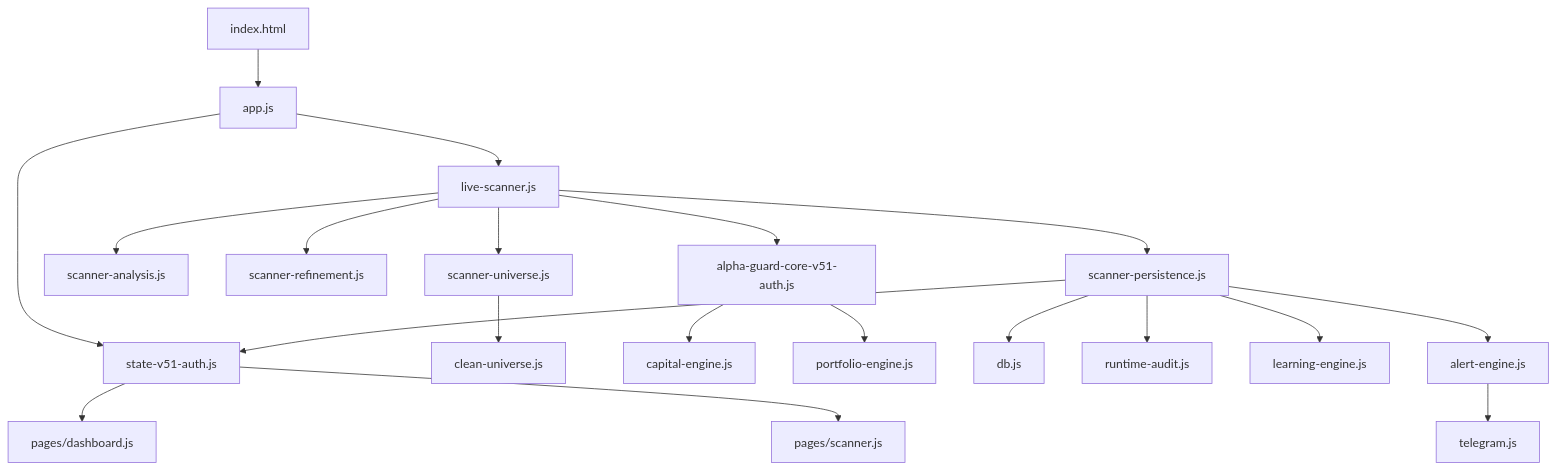
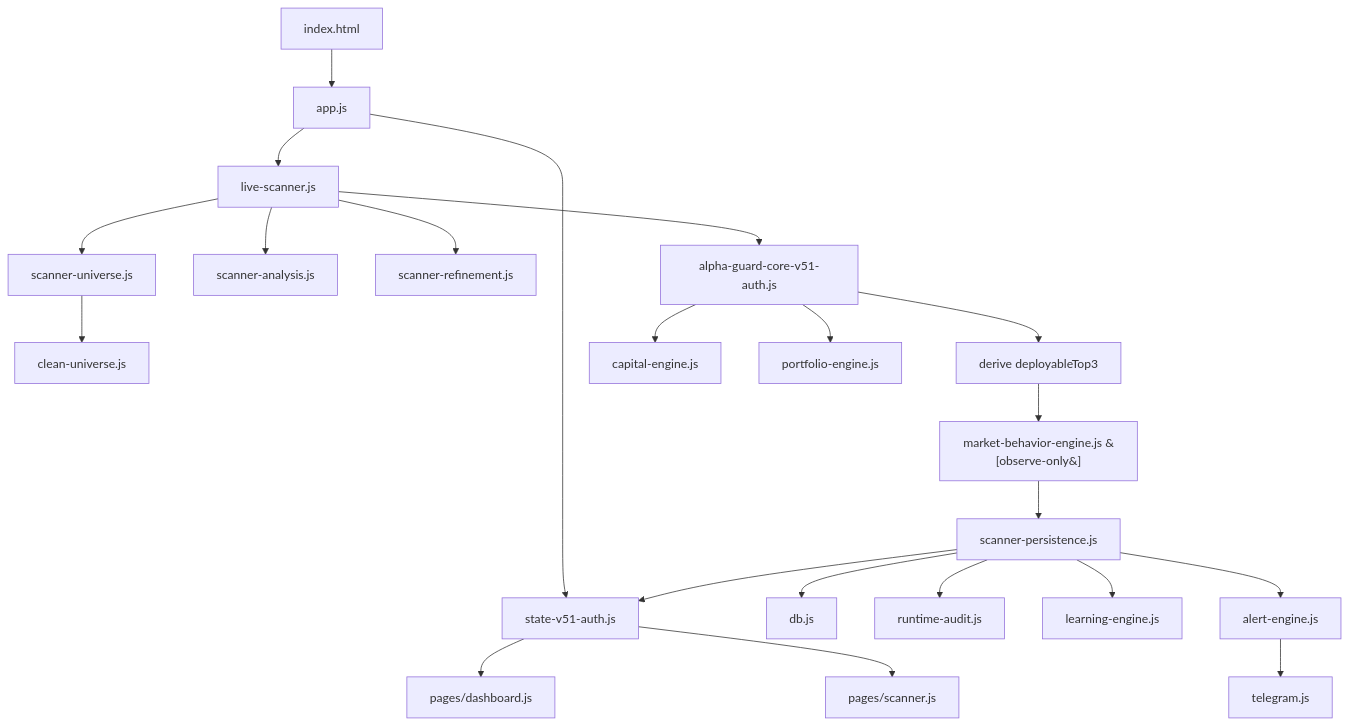
Before and after one commit to davidlukyvo/SystemTrader_Hybrid: the first of 4 diagrams in docs/system-map.md, drawn with Mermaid. The commit also changed other lines of this file and 31 other files, not shown here.

````diff
--- a/docs/system-map.md
+++ b/docs/system-map.md
@@ -9,27 +9,29 @@
 ```mermaid
 flowchart TD
     A[index.html] --> B[app.js]
     B --> C[state-v51-auth.js]
     B --> D[live-scanner.js]
 
     D --> E[scanner-universe.js]
     E --> F[clean-universe.js]
     D --> G[scanner-analysis.js]
     D --> H[scanner-refinement.js]
     D --> I[alpha-guard-core-v51-auth.js]
-    D --> J[scanner-persistence.js]
+    I --> T[derive deployableTop3]
+    T --> MBE["market-behavior-engine.js &#91;observe-only&#93;"]
+    MBE --> J[scanner-persistence.js]
 
     I --> K[capital-engine.js]
     I --> L[portfolio-engine.js]
 
     J --> M[db.js]
     J --> C
     J --> N[runtime-audit.js]
 
     C --> O[pages/dashboard.js]
     C --> P[pages/scanner.js]
 
     J --> Q[learning-engine.js]
     J --> R[alert-engine.js]
     R --> S[telegram.js]
 ```
````
